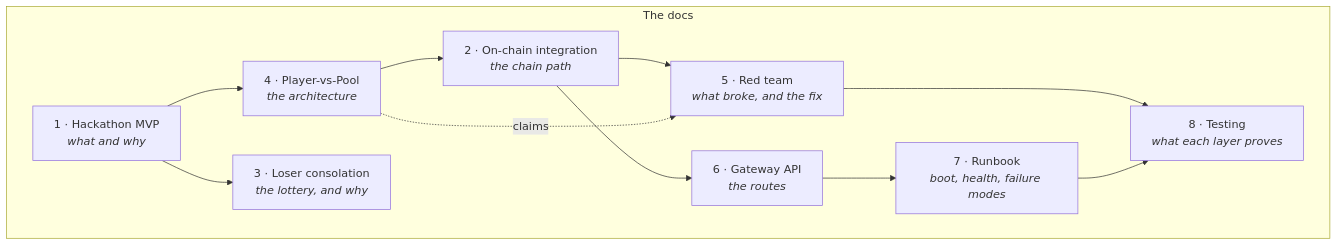
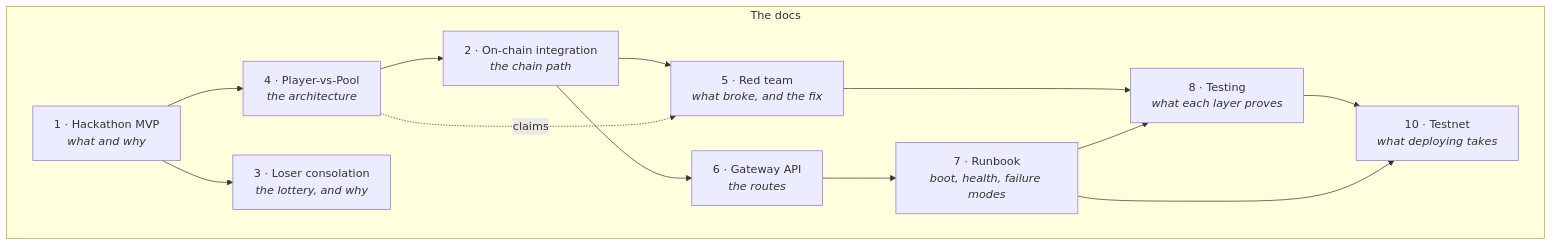
One commit to OptionalityHQ/optionality-adapter changed the diagram in docs/README.md. Above: the diagram before and after it, drawn with Mermaid. The commit also changed other lines of this file and 4 other files, not shown here.

````diff
--- a/docs/README.md
+++ b/docs/README.md
@@ -9,22 +9,25 @@
 ```mermaid
 flowchart TB
   subgraph docs["The docs"]
     D1["1 · Hackathon MVP<br/><i>what and why</i>"]
     D2["2 · On-chain integration<br/><i>the chain path</i>"]
     D3["3 · Loser consolation<br/><i>the lottery, and why</i>"]
     D4["4 · Player-vs-Pool<br/><i>the architecture</i>"]
     D5["5 · Red team<br/><i>what broke, and the fix</i>"]
     D6["6 · Gateway API<br/><i>the routes</i>"]
     D7["7 · Runbook<br/><i>boot, health, failure modes</i>"]
     D8["8 · Testing<br/><i>what each layer proves</i>"]
+    D10["10 · Testnet<br/><i>what deploying takes</i>"]
   end
   D1 --> D4
   D1 --> D3
   D4 --> D2
   D2 --> D5
   D2 --> D6
   D6 --> D7
   D4 -.->|"claims"| D5
   D5 --> D8
   D7 --> D8
+  D8 --> D10
+  D7 --> D10
 ```
````
